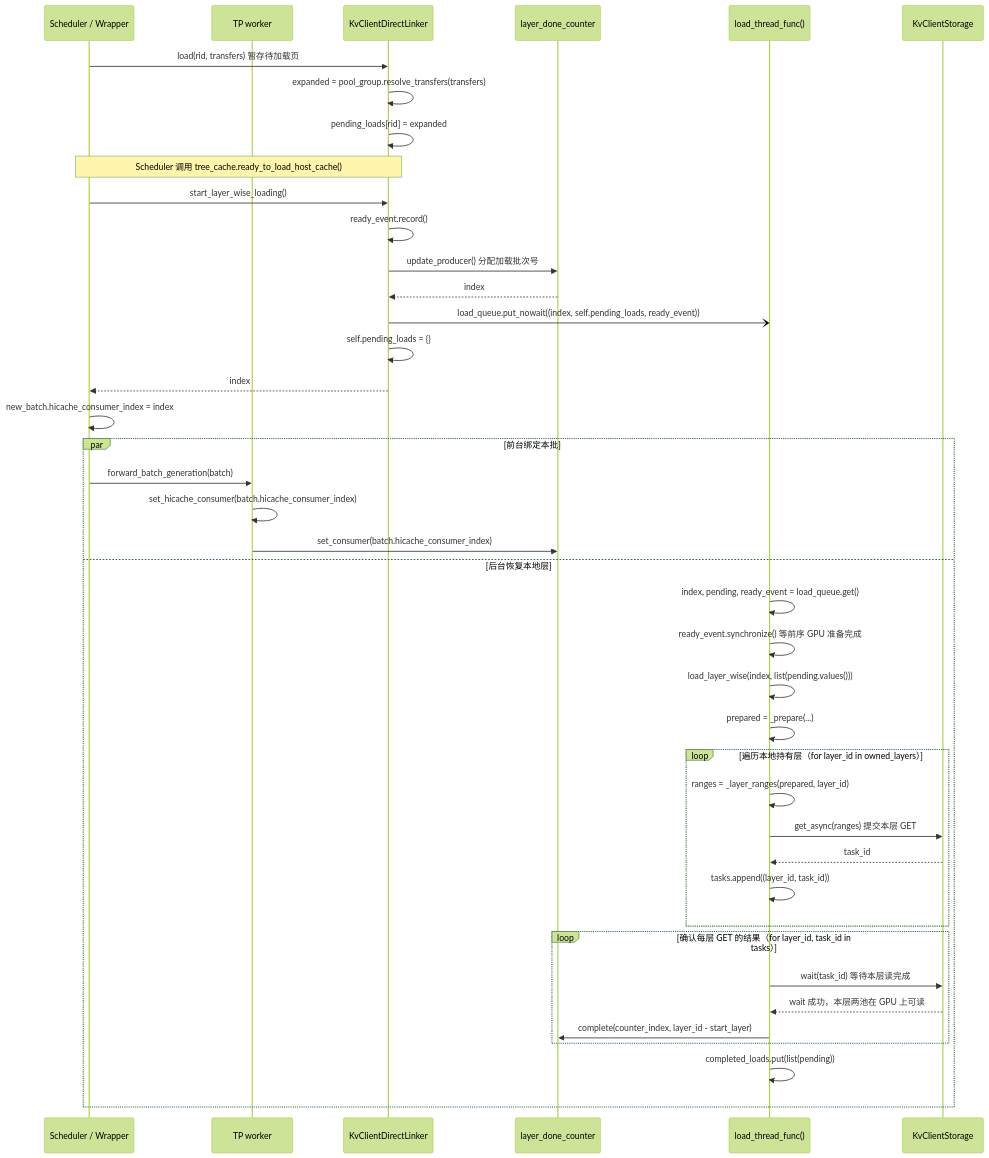
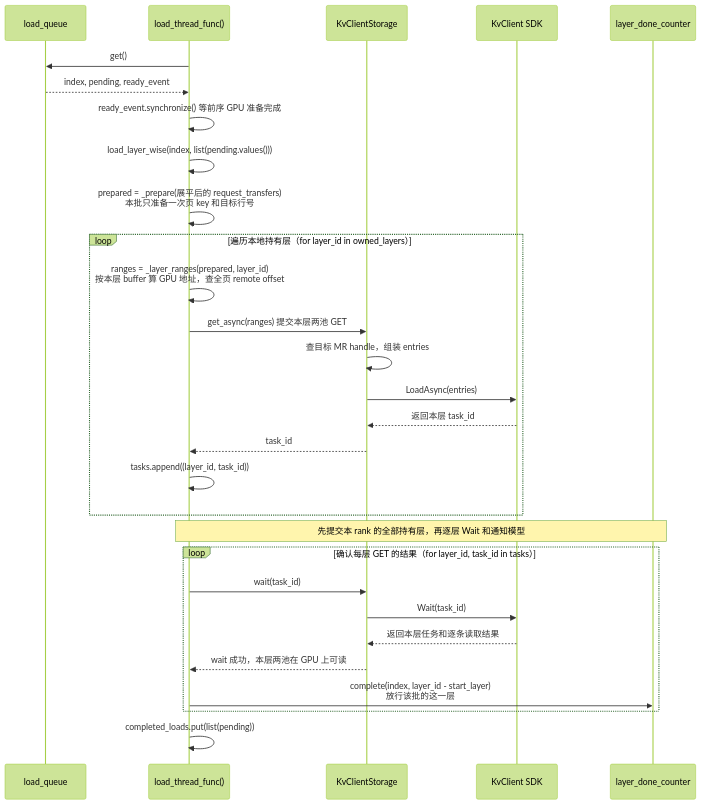
Before and after one commit to yuanzhg078/sglang: the seventh of 8 diagrams in kv_client_dsa_cache_layer_split_design.md, drawn with Mermaid (forest theme). The commit also changed other lines of this file and 1 other file, not shown here.

````diff
--- a/kv_client_dsa_cache_layer_split_design.md
+++ b/kv_client_dsa_cache_layer_split_design.md
@@ -291,44 +406,32 @@
 ```mermaid
 sequenceDiagram
-    participant W as Scheduler / Wrapper
-    participant M as TP worker
-    participant L as KvClientDirectLinker
-    participant C as layer_done_counter
+    participant Q as load_queue
     participant T as load_thread_func()
     participant S as KvClientStorage
+    participant K as KvClient SDK
+    participant C as layer_done_counter
 
-    W->>L: load(rid, transfers) 暂存待加载页
-    L->>L: expanded = pool_group.resolve_transfers(transfers)
-    L->>L: pending_loads[rid] = expanded
-    Note over W,L: Scheduler 调用 tree_cache.ready_to_load_host_cache()
-    W->>L: start_layer_wise_loading()
-    L->>L: ready_event.record()
-    L->>C: update_producer() 分配加载批次号
-    C-->>L: index
-    L-)T: load_queue.put_nowait((index, self.pending_loads, ready_event))
-    L->>L: self.pending_loads = {}
-    L-->>W: index
-    W->>W: new_batch.hicache_consumer_index = index
-    par 前台绑定本批
-        W->>M: forward_batch_generation(batch)
-        M->>M: set_hicache_consumer(batch.hicache_consumer_index)
-        M->>C: set_consumer(batch.hicache_consumer_index)
-    and 后台恢复本地层
-        T->>T: index, pending, ready_event = load_queue.get()
-        T->>T: ready_event.synchronize() 等前序 GPU 准备完成
-        T->>T: load_layer_wise(index, list(pending.values()))
-        T->>T: prepared = _prepare(...)
-        loop 遍历本地持有层（for layer_id in owned_layers）
-            T->>T: ranges = _layer_ranges(prepared, layer_id)
-            T->>S: get_async(ranges) 提交本层 GET
-            S-->>T: task_id
-            T->>T: tasks.append((layer_id, task_id))
-        end
-        loop 确认每层 GET 的结果（for layer_id, task_id in tasks）
-            T->>S: wait(task_id) 等待本层读完成
-            S-->>T: wait 成功，本层两池在 GPU 上可读
-            T->>C: complete(counter_index, layer_id - start_layer)
-        end
-        T->>T: completed_loads.put(list(pending))
+    T->>Q: get()
+    Q-->>T: index, pending, ready_event
+    T->>T: ready_event.synchronize() 等前序 GPU 准备完成
+    T->>T: load_layer_wise(index, list(pending.values()))
+    T->>T: prepared = _prepare(展平后的 request_transfers)<br/>本批只准备一次页 key 和目标行号
+    loop 遍历本地持有层（for layer_id in owned_layers）
+        T->>T: ranges = _layer_ranges(prepared, layer_id)<br/>按本层 buffer 算 GPU 地址，查全页 remote offset
+        T->>S: get_async(ranges) 提交本层两池 GET
+        S->>S: 查目标 MR handle，组装 entries
+        S->>K: LoadAsync(entries)
+        K-->>S: 返回本层 task_id
+        S-->>T: task_id
+        T->>T: tasks.append((layer_id, task_id))
     end
+    Note over T,C: 先提交本 rank 的全部持有层，再逐层 Wait 和通知模型
+    loop 确认每层 GET 的结果（for layer_id, task_id in tasks）
+        T->>S: wait(task_id)
+        S->>K: Wait(task_id)
+        K-->>S: 返回本层任务和逐条读取结果
+        S-->>T: wait 成功，本层两池在 GPU 上可读
+        T->>C: complete(index, layer_id - start_layer)<br/>放行该批的这一层
+    end
+    T->>T: completed_loads.put(list(pending))
 ```
````
